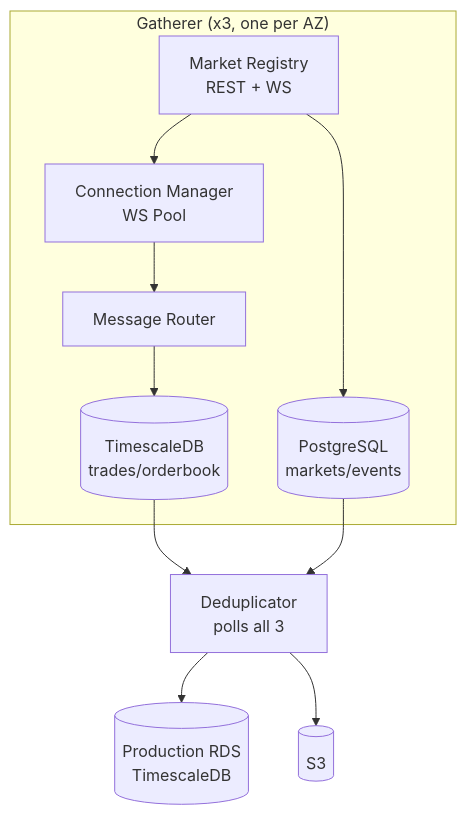
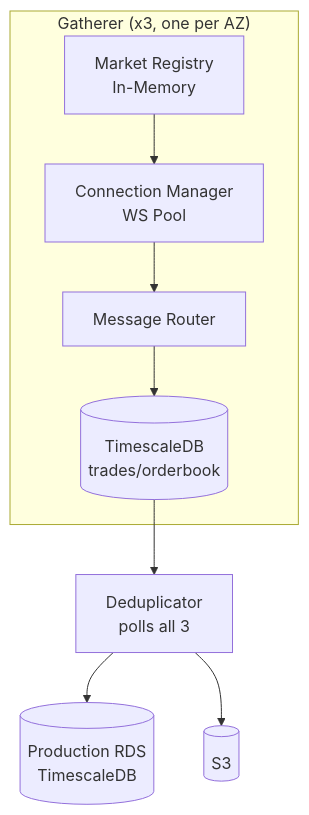
One commit to Projectsrxg/kalshi_v2 changed the diagram in CLAUDE.md. Above: the diagram before and after it, drawn with Mermaid. The commit also changed other lines of this file and 27 other files, not shown here.

````diff
--- a/CLAUDE.md
+++ b/CLAUDE.md
@@ -13,14 +13,12 @@
 ```mermaid
 flowchart TD
     subgraph G["Gatherer (x3, one per AZ)"]
-        MR[Market Registry<br/>REST + WS] --> CM[Connection Manager<br/>WS Pool]
+        MR[Market Registry<br/>In-Memory] --> CM[Connection Manager<br/>WS Pool]
         CM --> RT[Message Router]
-        MR --> PG[(PostgreSQL<br/>markets/events)]
         RT --> TS[(TimescaleDB<br/>trades/orderbook)]
     end
 
     TS --> DEDUP[Deduplicator<br/>polls all 3]
-    PG --> DEDUP
     DEDUP --> PROD[(Production RDS<br/>TimescaleDB)]
     DEDUP --> S3[(S3)]
 ```
````
